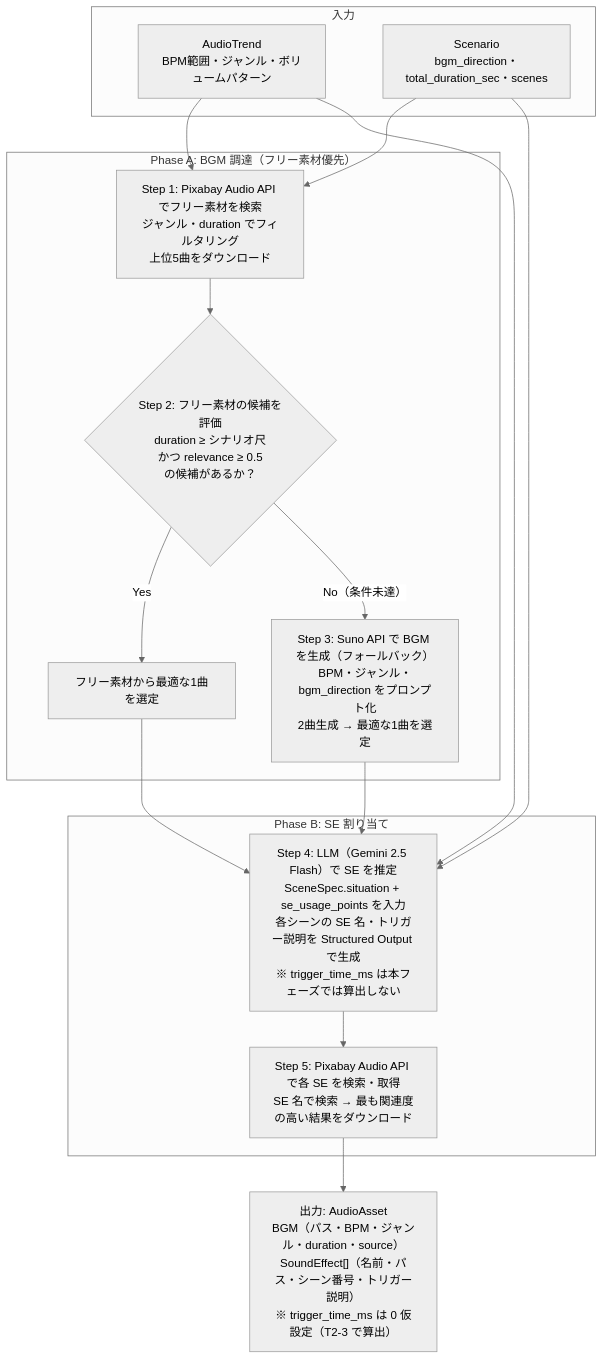
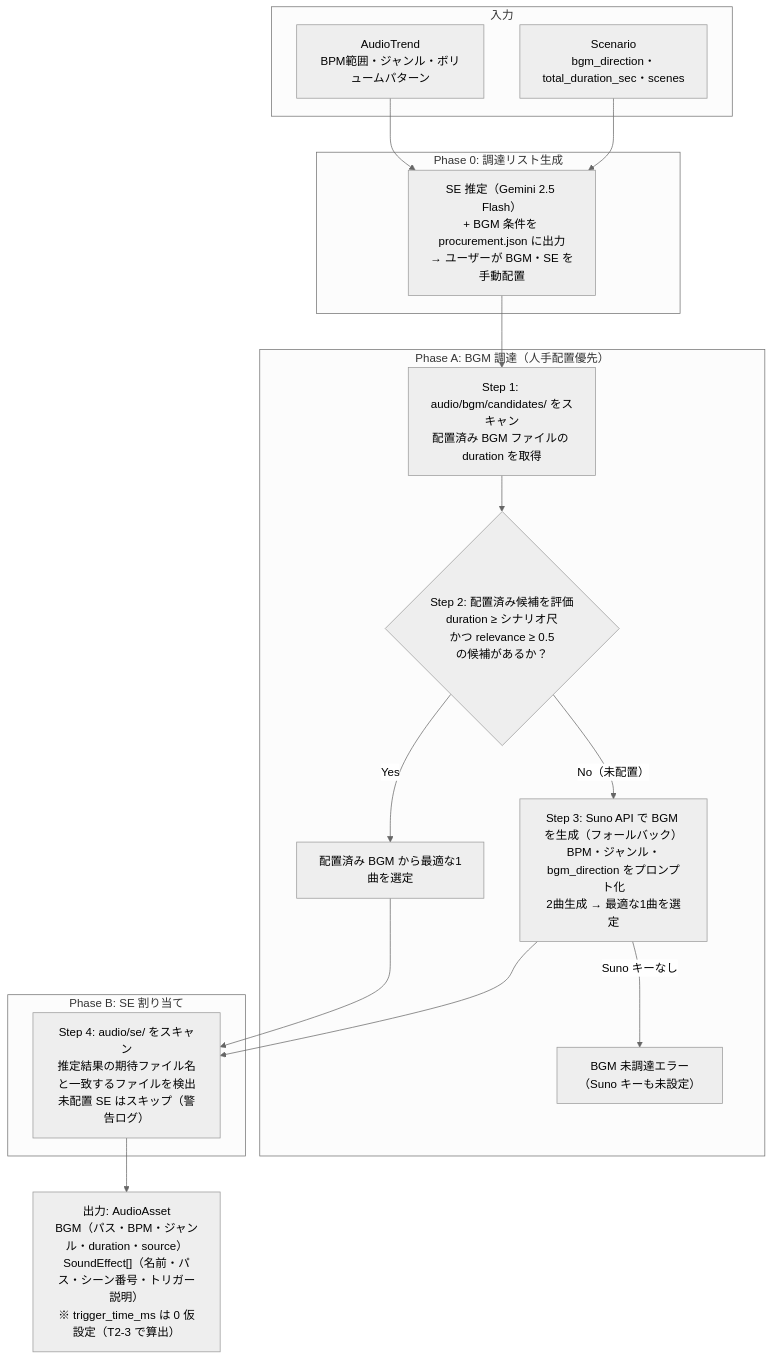
One commit to yamaguchi-milkcocholate/weekly_dev changed the diagram in daily_routine/docs/designs/audio_engine_design.md. Above: the diagram before and after it, drawn with Mermaid (neutral theme). The commit also changed other lines of this file and 75 other files, not shown here.

````diff
--- a/daily_routine/docs/designs/audio_engine_design.md
+++ b/daily_routine/docs/designs/audio_engine_design.md
@@ -76,32 +76,35 @@
 ```mermaid
 flowchart TD
     subgraph 入力
         AT[AudioTrend\nBPM範囲・ジャンル・ボリュームパターン]
         SC[Scenario\nbgm_direction・total_duration_sec・scenes]
     end
 
-    subgraph "Phase A: BGM 調達（フリー素材優先）"
-        S1["Step 1: Pixabay Audio API でフリー素材を検索\nジャンル・duration でフィルタリング\n上位5曲をダウンロード"]
-        S2{"Step 2: フリー素材の候補を評価\nduration ≥ シナリオ尺\nかつ relevance ≥ 0.5\nの候補があるか？"}
-        S2Y["フリー素材から最適な1曲を選定"]
+    subgraph "Phase 0: 調達リスト生成"
+        P0["SE 推定（Gemini 2.5 Flash）\n+ BGM 条件を procurement.json に出力\n→ ユーザーが BGM・SE を手動配置"]
+    end
+
+    subgraph "Phase A: BGM 調達（人手配置優先）"
+        S1["Step 1: audio/bgm/candidates/ をスキャン\n配置済み BGM ファイルの duration を取得"]
+        S2{"Step 2: 配置済み候補を評価\nduration ≥ シナリオ尺\nかつ relevance ≥ 0.5\nの候補があるか？"}
+        S2Y["配置済み BGM から最適な1曲を選定"]
         S3["Step 3: Suno API で BGM を生成（フォールバック）\nBPM・ジャンル・bgm_direction をプロンプト化\n2曲生成 → 最適な1曲を選定"]
+        S3E["BGM 未調達エラー\n（Suno キーも未設定）"]
     end
 
     subgraph "Phase B: SE 割り当て"
-        S4["Step 4: LLM（Gemini 2.5 Flash）で SE を推定\nSceneSpec.situation + se_usage_points を入力\n各シーンの SE 名・トリガー説明を Structured Output で生成\n※ trigger_time_ms は本フェーズでは算出しない"]
-        S5["Step 5: Pixabay Audio API で各 SE を検索・取得\nSE 名で検索 → 最も関連度の高い結果をダウンロード"]
+        S4["Step 4: audio/se/ をスキャン\n推定結果の期待ファイル名と一致するファイルを検出\n未配置 SE はスキップ（警告ログ）"]
     end
 
     OUT["出力: AudioAsset\nBGM（パス・BPM・ジャンル・duration・source）\nSoundEffect[]（名前・パス・シーン番号・トリガー説明）\n※ trigger_time_ms は 0 仮設定（T2-3 で算出）"]
 
-    AT & SC --> S1
+    AT & SC --> P0
+    P0 --> S1
     S1 --> S2
     S2 -- "Yes" --> S2Y
-    S2 -- "No（条件未達）" --> S3
+    S2 -- "No（未配置）" --> S3
+    S3 -- "Suno キーなし" --> S3E
     S2Y --> S4
     S3 --> S4
-    SC --> S4
-    AT --> S4
-    S4 --> S5
-    S5 --> OUT
+    S4 --> OUT
 ```
````
